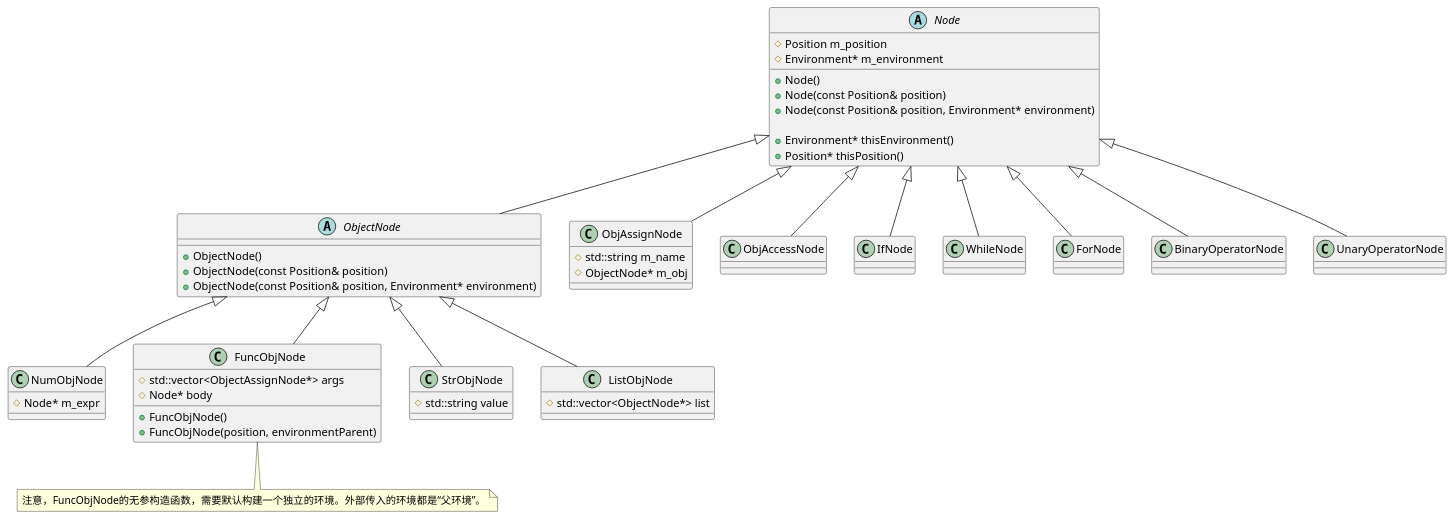
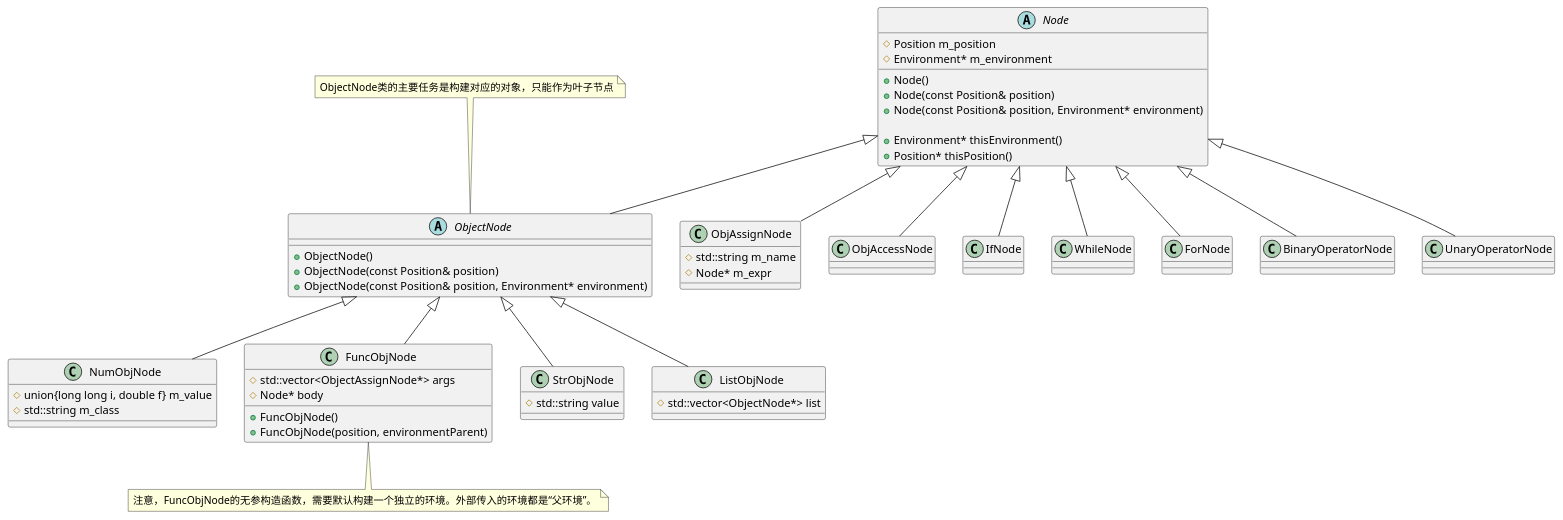
Before and after one commit to hereismg/Hydrogen: the diagram in doc/uml/node.puml, drawn with PlantUML. The commit also changed 14 other files, not shown here.

```diff
--- a/doc/uml/node.puml
+++ b/doc/uml/node.puml
@@ -1,62 +1,64 @@
 @startuml
 '!include https://unpkg.com/plantuml-style-c4@latest/core.puml
 '!theme std
 
 'https://plantuml.com/class-diagram
 abstract class Node{
     # Position m_position
     # Environment* m_environment
 
     + Node()
     + Node(const Position& position)
     + Node(const Position& position, Environment* environment)
 
     + Environment* thisEnvironment()
     + Position* thisPosition()
 }
 
 abstract class ObjectNode{
     + ObjectNode()
     + ObjectNode(const Position& position)
     + ObjectNode(const Position& position, Environment* environment)
 }
+note top: ObjectNode类的主要任务是构建对应的对象，只能作为叶子节点
 class NumObjNode{
-    # Node* m_expr
+    # union{long long i, double f} m_value
+    # std::string m_class
 }
 class FuncObjNode{
     # std::vector<ObjectAssignNode*> args
     # Node* body
 
     + FuncObjNode()
     + FuncObjNode(position, environmentParent)
 }
 note bottom: 注意，FuncObjNode的无参构造函数，需要默认构建一个独立的环境。外部传入的环境都是“父环境”。
 class StrObjNode{
     # std::string value
 }
 class ListObjNode{
     # std::vector<ObjectNode*> list
 }
 
 ObjectNode <|-- NumObjNode
 ObjectNode <|-- FuncObjNode
 ObjectNode <|-- StrObjNode
 ObjectNode <|-- ListObjNode
 
 class ObjAssignNode{
     # std::string m_name
-    # ObjectNode* m_obj
+    # Node* m_expr
 }
 
 class ObjAccessNode
 
 Node <|-- ObjectNode
 Node <|-- ObjAccessNode
 Node <|-- ObjAssignNode
 Node <|-- IfNode
 Node <|-- WhileNode
 Node <|-- ForNode
 Node <|-- BinaryOperatorNode
 Node <|-- UnaryOperatorNode
 
 @enduml
```
